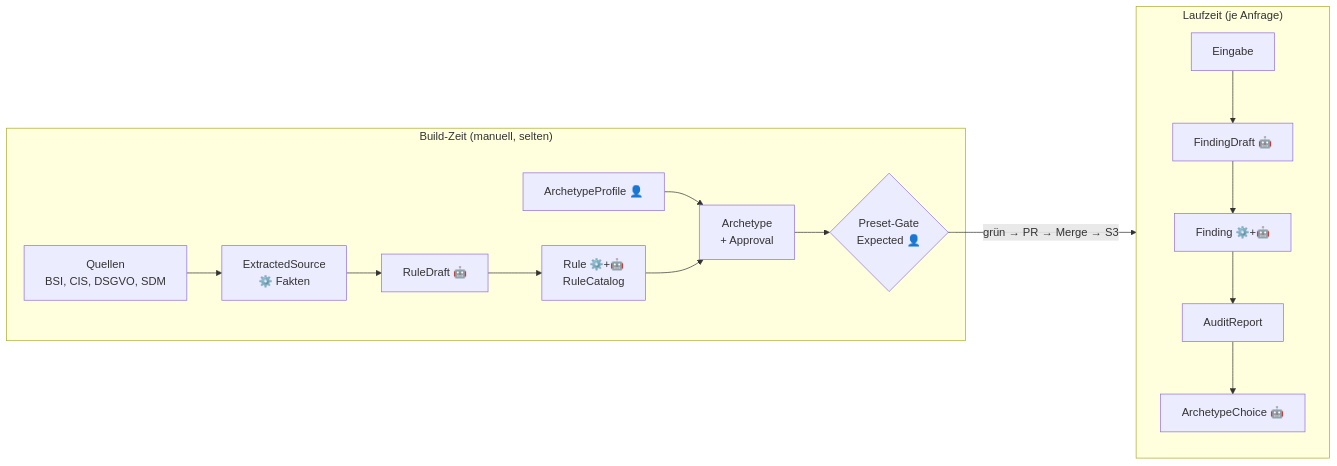
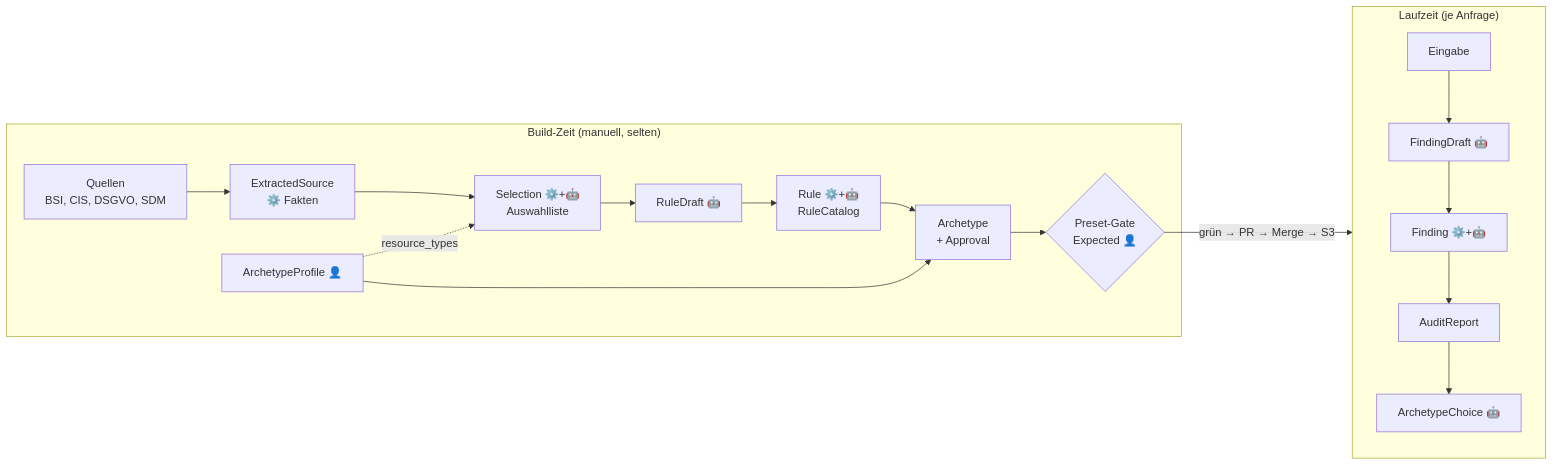
One commit to Daniel74/GovGuard changed the diagram in docs/DATA_MODEL_EXPLAINED.md. Above: the diagram before and after it, drawn with Mermaid. The commit also changed other lines of this file and 8 other files, not shown here.

````diff
--- a/docs/DATA_MODEL_EXPLAINED.md
+++ b/docs/DATA_MODEL_EXPLAINED.md
@@ -60,15 +61,16 @@
 ```mermaid
 flowchart LR
   subgraph Build["Build-Zeit (manuell, selten)"]
     SRC["Quellen<br/>BSI, CIS, DSGVO, SDM"] --> EX["ExtractedSource<br/>⚙️ Fakten"]
-    EX --> RD["RuleDraft 🤖"] --> R["Rule ⚙️+🤖<br/>RuleCatalog"]
+    EX --> SEL["Selection ⚙️+🤖<br/>Auswahlliste"] --> RD["RuleDraft 🤖"] --> R["Rule ⚙️+🤖<br/>RuleCatalog"]
     AP["ArchetypeProfile 👤"] --> A["Archetype<br/>+ Approval"]
+    AP -.->|resource_types| SEL
     R --> A
     A --> PG{"Preset-Gate<br/>Expected 👤"}
   end
   subgraph Run["Laufzeit (je Anfrage)"]
     IN["Eingabe"] --> FD["FindingDraft 🤖"] --> F["Finding ⚙️+🤖"] --> AR["AuditReport"]
     AR --> AC["ArchetypeChoice 🤖"]
   end
   PG -->|"grün → PR → Merge → S3"| Run
 ```
````
